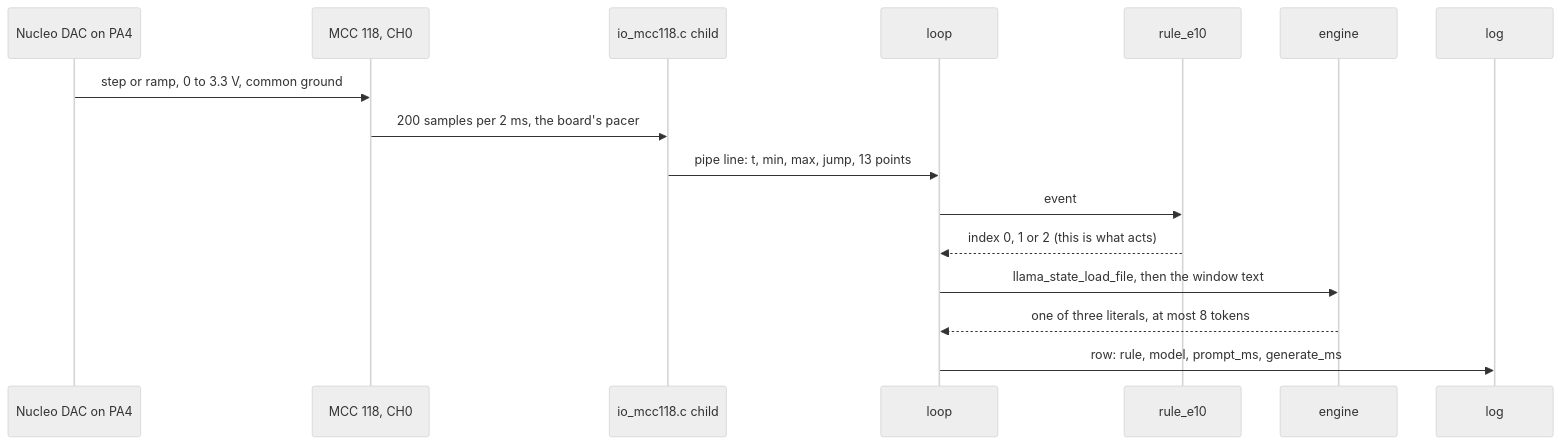
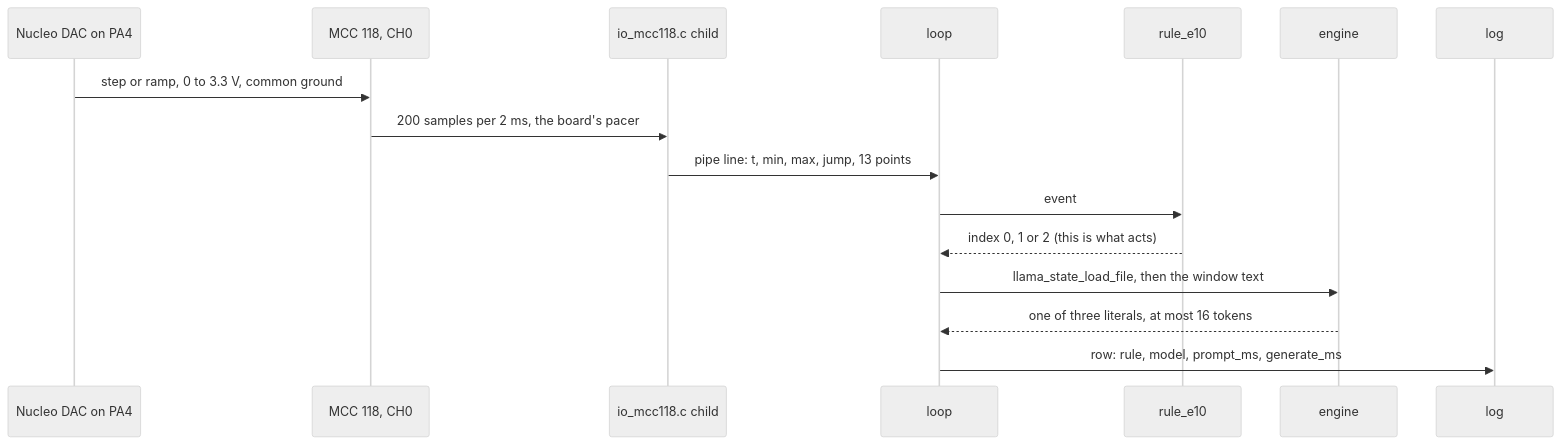
The diagram in chapters/10-mcc-118-voltage-event-labeller.md (ambrosiobing/edge-llm-pi), drawn with Mermaid (neutral theme) before and after one commit. The commit also changed other lines of this file and 24 other files, not shown here.

First line of the commit message:
fix(build): three targets no job built, one manifest cargo refused, and three budgets of 8

````diff
--- a/chapters/10-mcc-118-voltage-event-labeller.md
+++ b/chapters/10-mcc-118-voltage-event-labeller.md
@@ -192,18 +200,18 @@
 ```mermaid
 sequenceDiagram
     participant D as Nucleo DAC on PA4
     participant H as MCC 118, CH0
     participant C as io_mcc118.c child
     participant L as loop
     participant R as rule_e10
     participant E as engine
     participant G as log
     D->>H: step or ramp, 0 to 3.3 V, common ground
     H->>C: 200 samples per 2 ms, the board's pacer
     C->>L: pipe line: t, min, max, jump, 13 points
     L->>R: event
     R-->>L: index 0, 1 or 2 (this is what acts)
     L->>E: llama_state_load_file, then the window text
-    E-->>L: one of three literals, at most 8 tokens
+    E-->>L: one of three literals, at most 16 tokens
     L->>G: row: rule, model, prompt_ms, generate_ms
 ```
````
